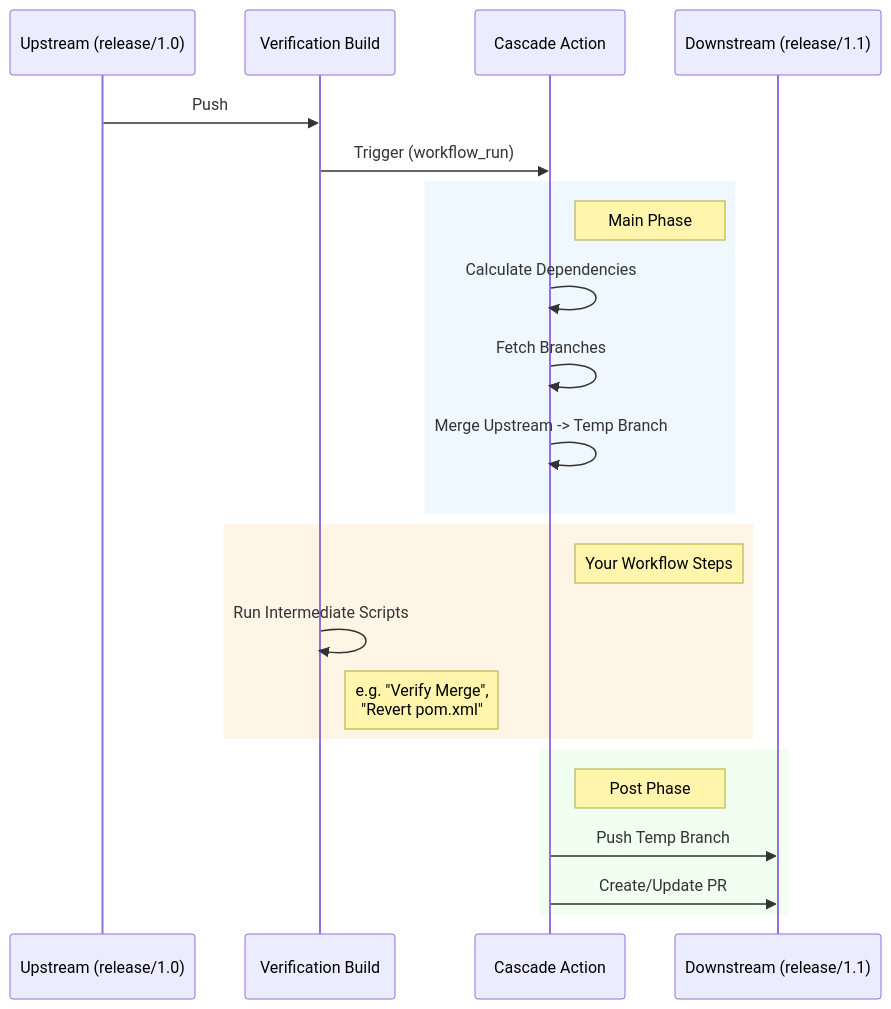
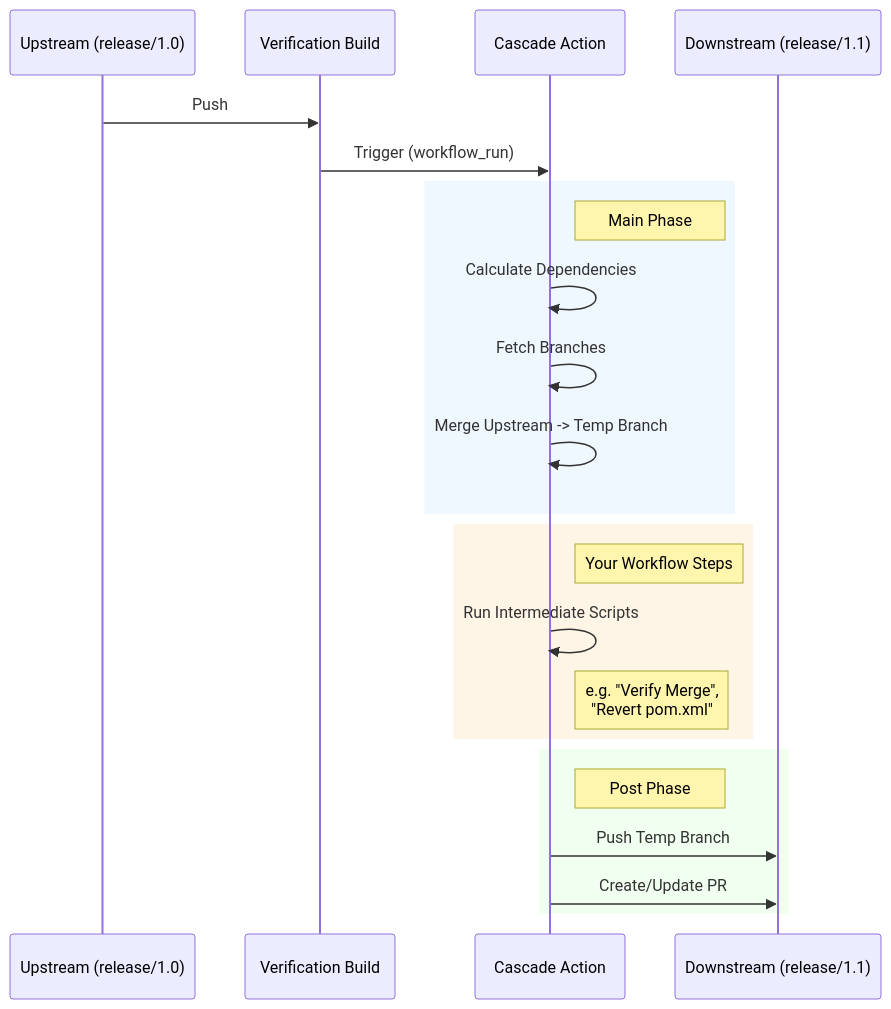
The diagram in README.md (basilevs/cascade-merge), drawn with Mermaid before and after one commit.

Commit message:
Update diagram

````diff
--- a/README.md
+++ b/README.md
@@ -20,30 +20,30 @@
 ```mermaid
 sequenceDiagram
     participant U as Upstream (release/1.0)
     participant GH as Verification Build
     participant A as Cascade Action
     participant D as Downstream (release/1.1)
 
     U->>GH: Push
     GH->>A: Trigger (workflow_run)
     
     rect rgb(240, 248, 255)
         note right of A: Main Phase
         A->>A: Calculate Dependencies
         A->>A: Fetch Branches
         A->>A: Merge Upstream -> Temp Branch
     end
     
     rect rgb(255, 245, 230)
         note right of A: Your Workflow Steps
-        GH->>GH: Run Intermediate Scripts
-        note right of GH: e.g. "Verify Merge",<br/>"Revert pom.xml"
+        A->>A: Run Intermediate Scripts
+        note right of A: e.g. "Verify Merge",<br/>"Revert pom.xml"
     end
     
     rect rgb(240, 255, 240)
         note right of A: Post Phase
         A->>D: Push Temp Branch
         A->>D: Create/Update PR
     end
 
 ```
````
